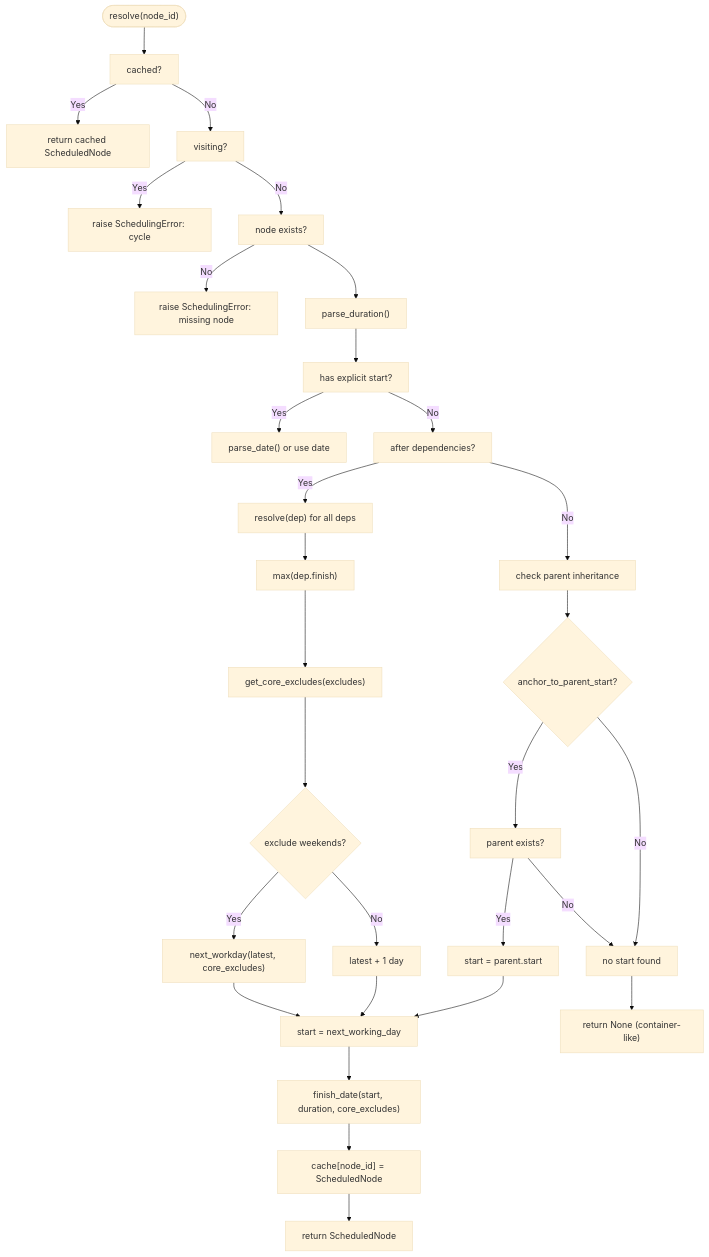
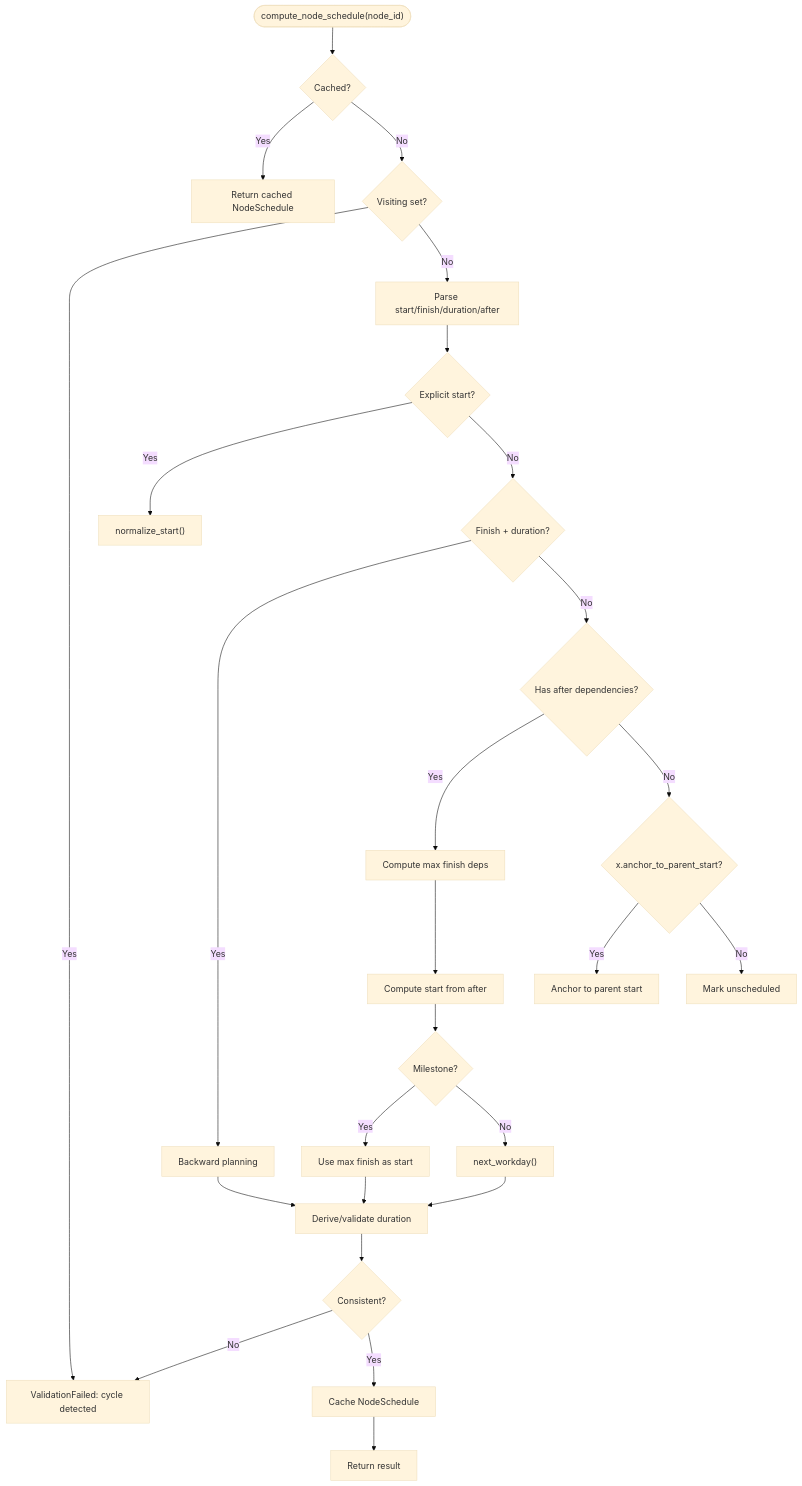
One commit to asukhodko/opskarta changed the fourth of 6 diagrams in .qoder/repowiki/en/content/Tooling and Utilities/Rendering Engine.md. Above: the diagram before and after it, drawn with Mermaid (base theme). The commit also changed other lines of this file and 6 other files, not shown here.

First line of the commit message:
feat(renderer): replace mermaid_gantt with plan2gantt and plan2dag modules

````diff
--- a/.qoder/repowiki/en/content/Tooling and Utilities/Rendering Engine.md
+++ b/.qoder/repowiki/en/content/Tooling and Utilities/Rendering Engine.md
@@ -188,32 +221,28 @@
 ```mermaid
 flowchart TD
-Start(["resolve(node_id)"]) --> CheckCache["cached?"]
-CheckCache --> |Yes| ReturnCache["return cached ScheduledNode"]
-CheckCache --> |No| CheckVisiting["visiting?"]
-CheckVisiting --> |Yes| CycleErr["raise SchedulingError: cycle"]
-CheckVisiting --> |No| CheckExists["node exists?"]
-CheckExists --> |No| RefErr["raise SchedulingError: missing node"]
-CheckExists --> ParseDuration["parse_duration()"]
-ParseDuration --> HasStart["has explicit start?"]
-HasStart --> |Yes| ParseDate["parse_date() or use date"]
-HasStart --> |No| AfterDeps["after dependencies?"]
-AfterDeps --> |Yes| ResolveDeps["resolve(dep) for all deps"]
-ResolveDeps --> LatestFinish["max(dep.finish)"]
-LatestFinish --> CoreExcludes["get_core_excludes(excludes)"]
-CoreExcludes --> WeekendAdj{"exclude weekends?"}
-WeekendAdj --> |Yes| NextWD["next_workday(latest, core_excludes)"]
-WeekendAdj --> |No| NextDay["latest + 1 day"]
-NextWD --> MakeStart["start = next_working_day"]
-NextDay --> MakeStart
-AfterDeps --> |No| ParentAnchor["check parent inheritance"]
-ParentAnchor --> CheckAnchor{"anchor_to_parent_start?"}
-CheckAnchor --> |Yes| ParentStart["parent exists?"]
-ParentStart --> |Yes| UseParent["start = parent.start"]
-ParentStart --> |No| NoStart["no start found"]
-CheckAnchor --> |No| NoStart
-UseParent --> MakeStart
-NoStart --> NoSchedule["return None (container-like)"]
-MakeStart --> FinishCalc["finish_date(start, duration, core_excludes)"]
-FinishCalc --> Cache["cache[node_id] = ScheduledNode"]
-Cache --> ReturnRes["return ScheduledNode"]
+Start(["compute_node_schedule(node_id)"]) --> CheckCache{"Cached?"}
+CheckCache --> |Yes| ReturnCache["Return cached NodeSchedule"]
+CheckCache --> |No| CheckCycle{"Visiting set?"}
+CheckCycle --> |Yes| RaiseError["ValidationFailed: cycle detected"]
+CheckCycle --> |No| ParseInputs["Parse start/finish/duration/after"]
+ParseInputs --> CheckExplicit{"Explicit start?"}
+CheckExplicit --> |Yes| NormalizeStart["normalize_start()"]
+CheckExplicit --> |No| CheckFinish{"Finish + duration?"}
+CheckFinish --> |Yes| BackwardPlan["Backward planning"]
+CheckFinish --> |No| CheckAfter{"Has after dependencies?"}
+CheckAfter --> |Yes| DepFinish["Compute max finish deps"]
+CheckAfter --> |No| CheckExtension{"x.anchor_to_parent_start?"}
+CheckExtension --> |Yes| ParentAnchor["Anchor to parent start"]
+CheckExtension --> |No| MarkUnscheduled["Mark unscheduled"]
+DepFinish --> ComputeStart["Compute start from after"]
+ComputeStart --> CheckMilestone{"Milestone?"}
+CheckMilestone --> |Yes| MilestoneLogic["Use max finish as start"]
+CheckMilestone --> |No| NextWorkday["next_workday()"]
+NextWorkday --> DeriveDuration["Derive/validate duration"]
+MilestoneLogic --> DeriveDuration
+BackwardPlan --> DeriveDuration
+DeriveDuration --> CheckConsistency{"Consistent?"}
+CheckConsistency --> |No| RaiseError
+CheckConsistency --> |Yes| CacheResult["Cache NodeSchedule"]
+CacheResult --> ReturnResult["Return result"]
 ```
````
